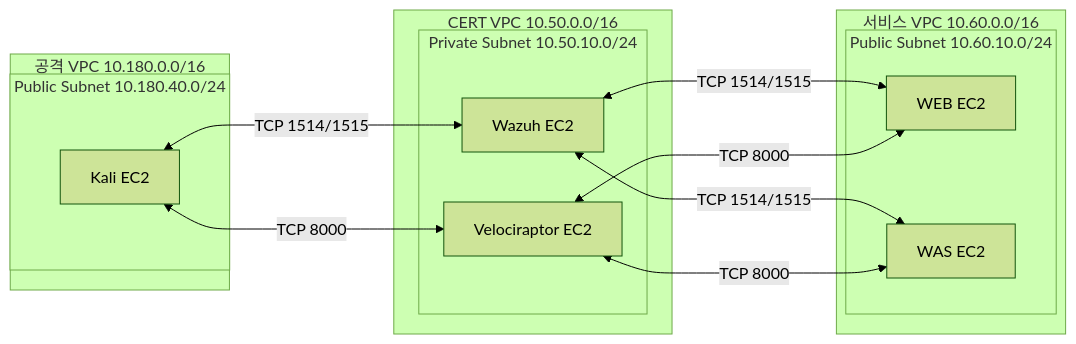
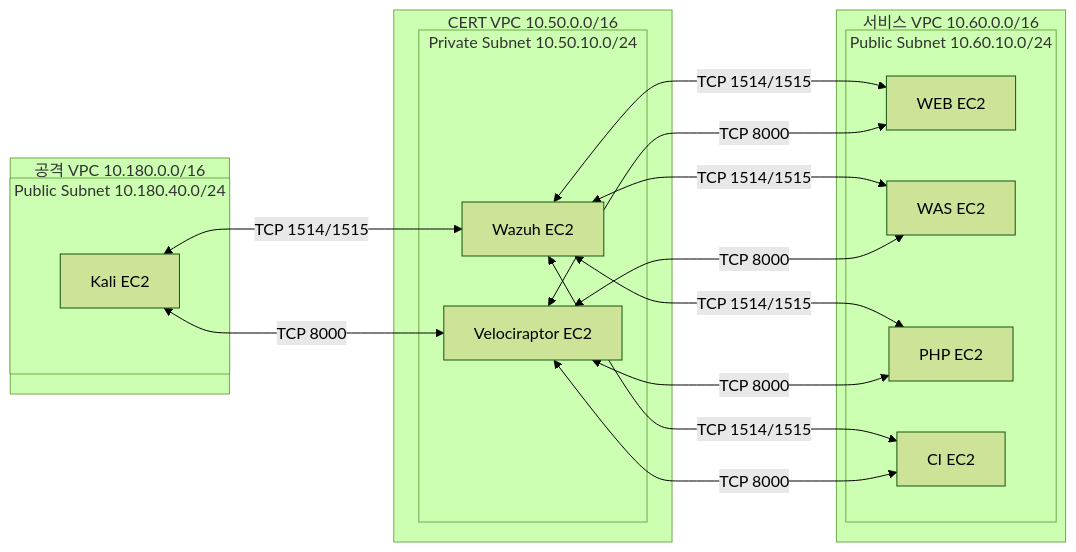
Before and after one commit to kintoun-secops/kintoun-infra: the third of 3 diagrams in docs/modules/platform/connectivity.md, drawn with Mermaid (forest theme). The commit also changed 2 other files, not shown here.

Commit message:
fix(platform/connectivity): CI EC2 에 Wazuh·Velociraptor 에이전트 통신 허용
CI EC2 의 보안 그룹에 에이전트 규칙이 없어 등록이 되지 않았다.
client.keys 가 비어 있고 ossec.log 에 1515 연결 실패가 반복된다.

ci 보안 그룹에 Wazuh 1514/1515 와 Velociraptor 8000 아웃바운드를 열고,
Wazuh 와 Velociraptor 보안 그룹의 인바운드 for_each 에 ci 를 추가한다.

보안 그룹 다이어그램에 php 와 ci 를 넣는다. php 는 추가될 때 빠졌다.

````diff
--- a/docs/modules/platform/connectivity.md
+++ b/docs/modules/platform/connectivity.md
@@ -43,26 +43,32 @@
 ```mermaid
 flowchart LR
     subgraph VPC1["공격 VPC 10.180.0.0/16"]
         subgraph Sub1["Public Subnet 10.180.40.0/24"]
             Kali["Kali EC2"]
         end
     end
     subgraph VPC2["서비스 VPC 10.60.0.0/16"]
         subgraph Sub2["Public Subnet 10.60.10.0/24"]
             WEB["WEB EC2"]
             WAS["WAS EC2"]
+            PHP["PHP EC2"]
+            CI["CI EC2"]
         end
     end
     subgraph VPC3["CERT VPC 10.50.0.0/16"]
         subgraph Sub3["Private Subnet 10.50.10.0/24"]
             Wazuh["Wazuh EC2"]
             Velo["Velociraptor EC2"]
         end
     end 
 Kali <-->|"TCP 1514/1515"| Wazuh
 Kali <-->|"TCP 8000"| Velo
 Wazuh <-->|"TCP 1514/1515"| WEB
 Wazuh <-->|"TCP 1514/1515"| WAS
+Wazuh <-->|"TCP 1514/1515"| PHP
+Wazuh <-->|"TCP 1514/1515"| CI
 Velo <-->|"TCP 8000"| WEB
 Velo <-->|"TCP 8000"| WAS
+Velo <-->|"TCP 8000"| PHP
+Velo <-->|"TCP 8000"| CI
 ```
````
